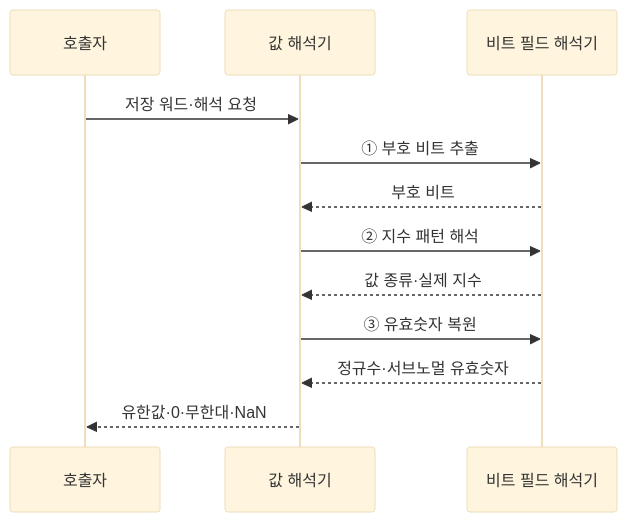
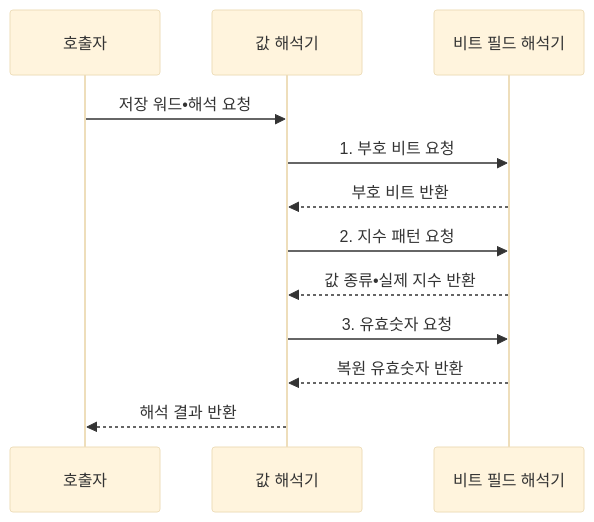
Before and after one commit to agnusdei1207/knowledge-base: the second of 3 diagrams in src/content/docs/notes/01-basic-theory/023_floating_point_ieee_754.md, drawn with Mermaid (base theme). The commit also changed other lines of this file and 20 other files, not shown here.

````diff
--- a/src/content/docs/notes/01-basic-theory/023_floating_point_ieee_754.md
+++ b/src/content/docs/notes/01-basic-theory/023_floating_point_ieee_754.md
@@ -89,14 +93,14 @@
 ```mermaid
 sequenceDiagram
     participant C as 호출자
     participant D as 값 해석기
     participant X as 비트 필드 해석기
-    C->>D: 저장 워드·해석 요청
-    D->>X: ① 부호 비트 추출
-    X-->>D: 부호 비트
-    D->>X: ② 지수 패턴 해석
-    X-->>D: 값 종류·실제 지수
-    D->>X: ③ 유효숫자 복원
-    X-->>D: 정규수·서브노멀 유효숫자
-    D-->>C: 유한값·0·무한대·NaN
+    C->>D: 저장 워드•해석 요청
+    D->>X: 1. 부호 비트 요청
+    X-->>D: 부호 비트 반환
+    D->>X: 2. 지수 패턴 요청
+    X-->>D: 값 종류•실제 지수 반환
+    D->>X: 3. 유효숫자 요청
+    X-->>D: 복원 유효숫자 반환
+    D-->>C: 해석 결과 반환
 ```
````
